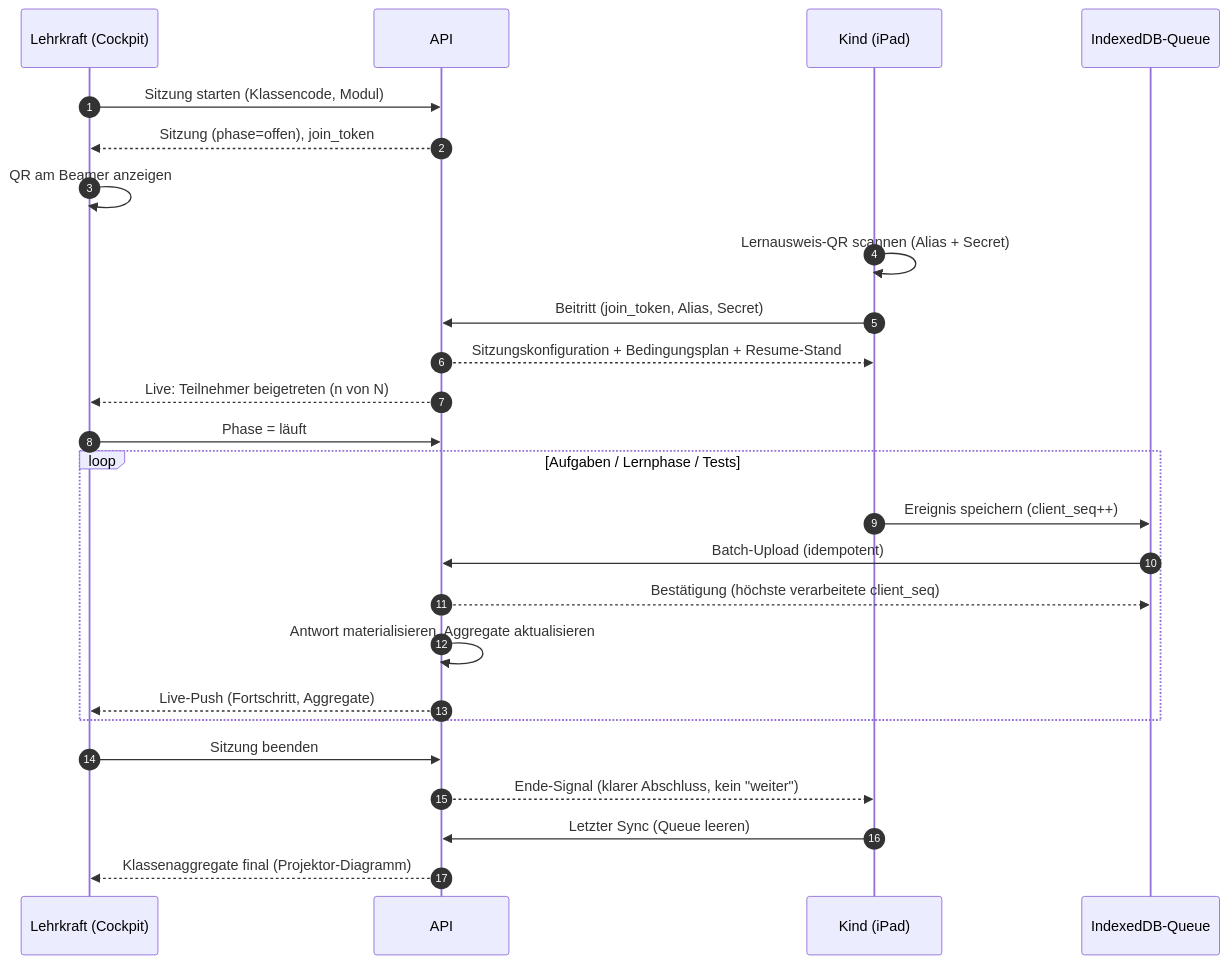
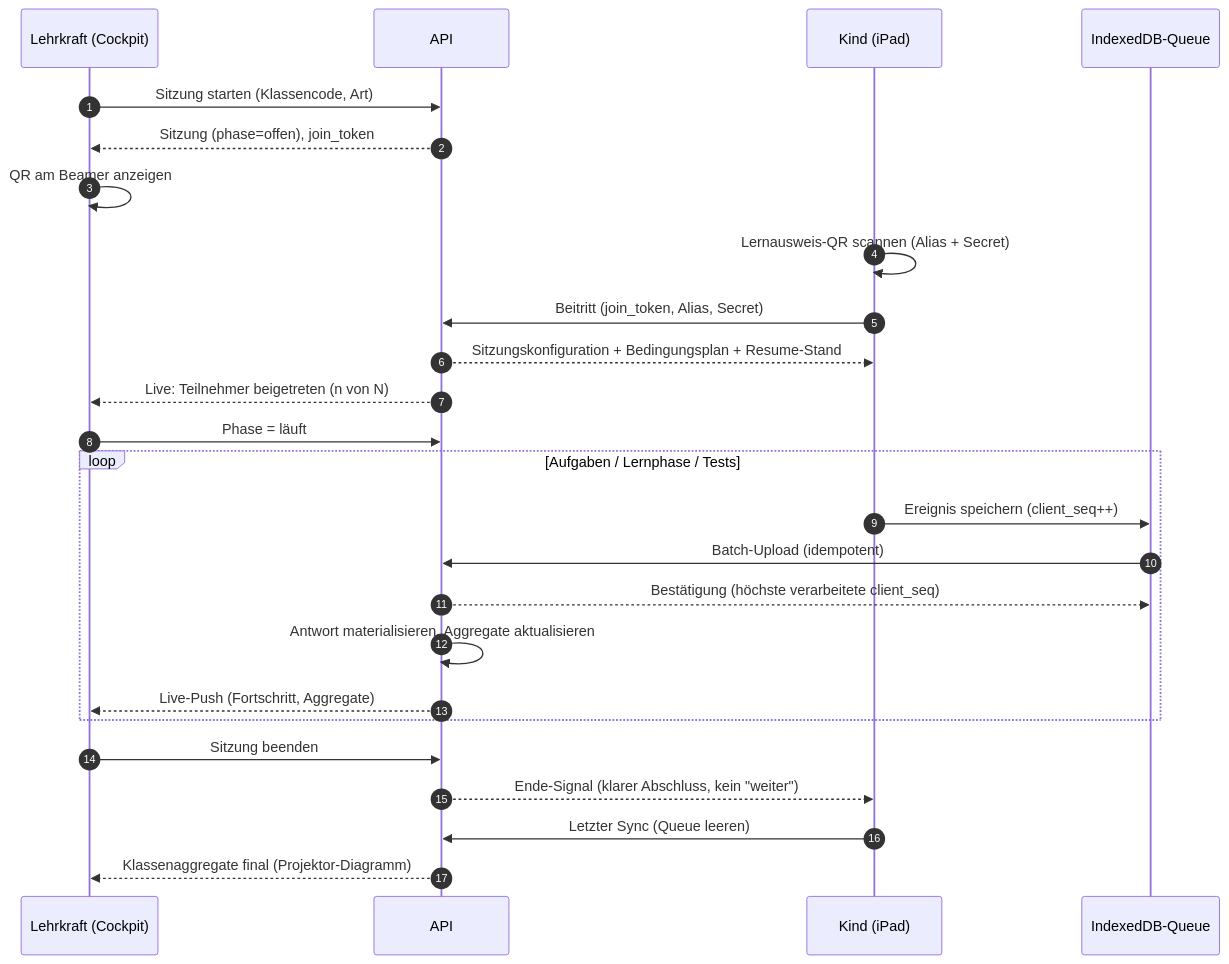
One commit to jonathanbasler-a11y/Lerntyp changed the second of 2 diagrams in docs/03-architektur.md. Above: the diagram before and after it, drawn with Mermaid. The commit also changed other lines of this file and 2 other files, not shown here.

````diff
--- a/docs/03-architektur.md
+++ b/docs/03-architektur.md
@@ -201,28 +223,28 @@
 ```mermaid
 sequenceDiagram
   autonumber
   participant L as Lehrkraft (Cockpit)
   participant S as API
   participant K as Kind (iPad)
   participant Q as IndexedDB-Queue
 
-  L->>S: Sitzung starten (Klassencode, Modul)
+  L->>S: Sitzung starten (Klassencode, Art)
   S-->>L: Sitzung (phase=offen), join_token
   L->>L: QR am Beamer anzeigen
   K->>K: Lernausweis-QR scannen (Alias + Secret)
   K->>S: Beitritt (join_token, Alias, Secret)
   S-->>K: Sitzungskonfiguration + Bedingungsplan + Resume-Stand
   S-->>L: Live: Teilnehmer beigetreten (n von N)
   L->>S: Phase = läuft
   loop Aufgaben / Lernphase / Tests
     K->>Q: Ereignis speichern (client_seq++)
     Q->>S: Batch-Upload (idempotent)
     S-->>Q: Bestätigung (höchste verarbeitete client_seq)
     S->>S: Antwort materialisieren, Aggregate aktualisieren
     S-->>L: Live-Push (Fortschritt, Aggregate)
   end
   L->>S: Sitzung beenden
   S-->>K: Ende-Signal (klarer Abschluss, kein "weiter")
   K->>S: Letzter Sync (Queue leeren)
   S-->>L: Klassenaggregate final (Projektor-Diagramm)
 ```
````
